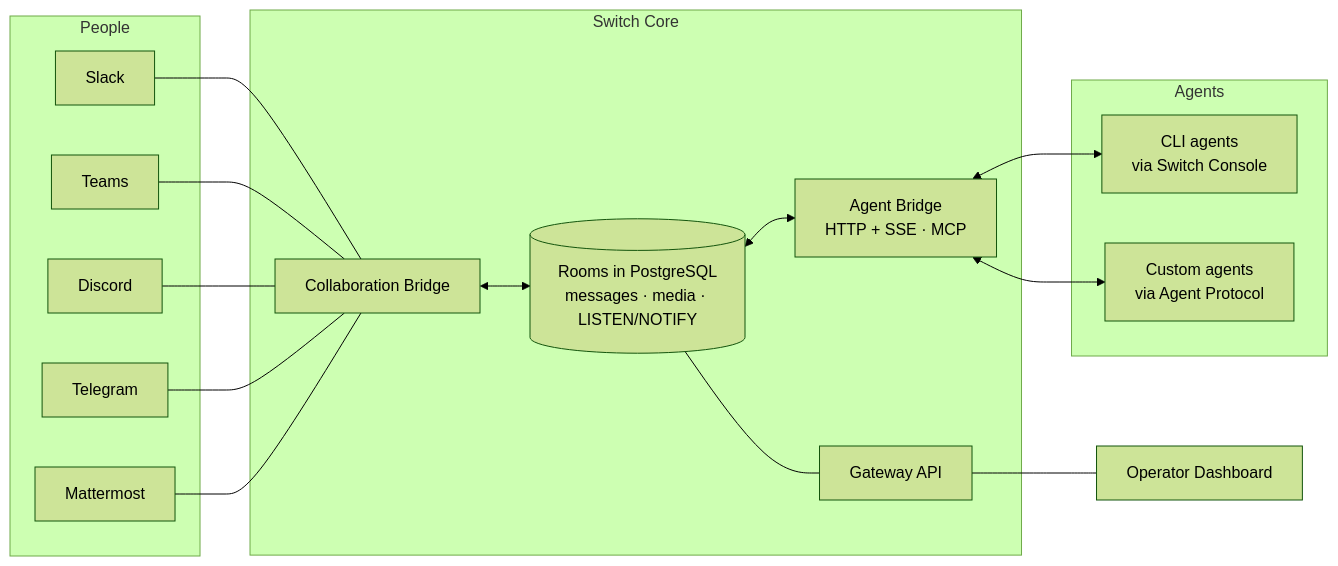
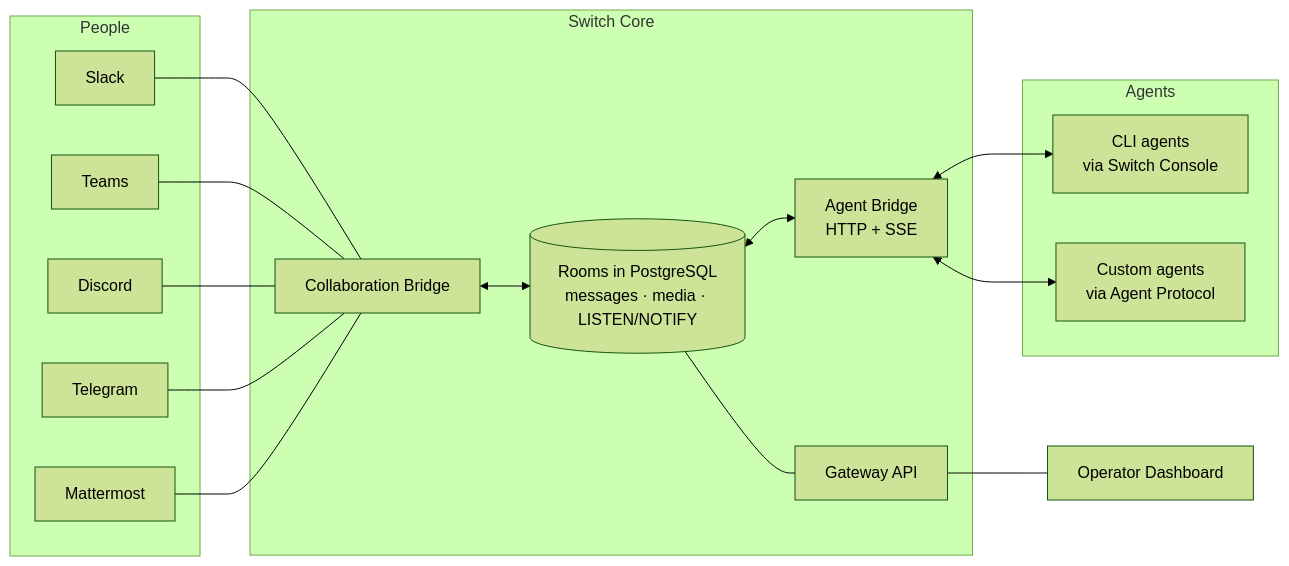
One commit to Chris-Willis/switch changed the diagram in README.md. Above: the diagram before and after it, drawn with Mermaid (forest theme). The commit also changed 71 other files, not shown here.

````diff
--- a/README.md
+++ b/README.md
@@ -198,38 +198,38 @@
 ```mermaid
 flowchart LR
   subgraph people["People"]
     slack["Slack"]
     teams["Teams"]
     discord["Discord"]
     telegram["Telegram"]
     mattermost["Mattermost"]
   end
 
   subgraph core["Switch Core"]
     collab["Collaboration Bridge"]
     rooms[("Rooms in PostgreSQL<br/>messages · media · LISTEN/NOTIFY")]
-    agentbridge["Agent Bridge<br/>HTTP + SSE · MCP"]
+    agentbridge["Agent Bridge<br/>HTTP + SSE"]
     gateway["Gateway API"]
   end
 
   subgraph agents["Agents"]
     cli["CLI agents<br/>via Switch Console"]
     custom["Custom agents<br/>via Agent Protocol"]
   end
 
   dashboard["Operator Dashboard"]
 
   slack --- collab
   teams --- collab
   discord --- collab
   telegram --- collab
   mattermost --- collab
 
   collab <--> rooms
   rooms <--> agentbridge
   rooms --- gateway
   gateway --- dashboard
 
   agentbridge <--> cli
   agentbridge <--> custom
 ```
````
